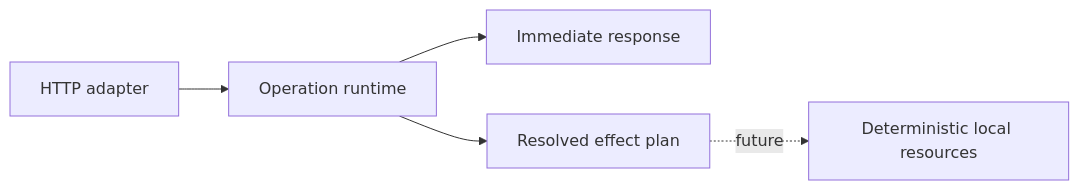
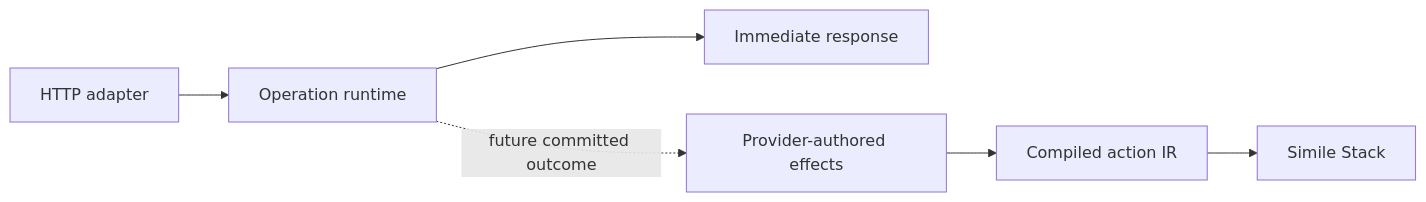
One commit to inttegro/simile changed the diagram in docs/dependencies-and-effects.md. Above: the diagram before and after it, drawn with Mermaid. The commit also changed other lines of this file and 30 other files, not shown here.

Commit message:
docs: document stack and effect boundary

````diff
--- a/docs/dependencies-and-effects.md
+++ b/docs/dependencies-and-effects.md
@@ -73,7 +73,8 @@
 ```mermaid
 flowchart LR
   HTTP[HTTP adapter] --> Runtime[Operation runtime]
   Runtime --> Response[Immediate response]
-  Runtime --> Plan[Resolved effect plan]
-  Plan -. future .-> Resources[Deterministic local resources]
+  Runtime -. future committed outcome .-> Effects[Provider-authored effects]
+  Effects --> Actions[Compiled action IR]
+  Actions --> Resources[Simile Stack]
 ```
````
